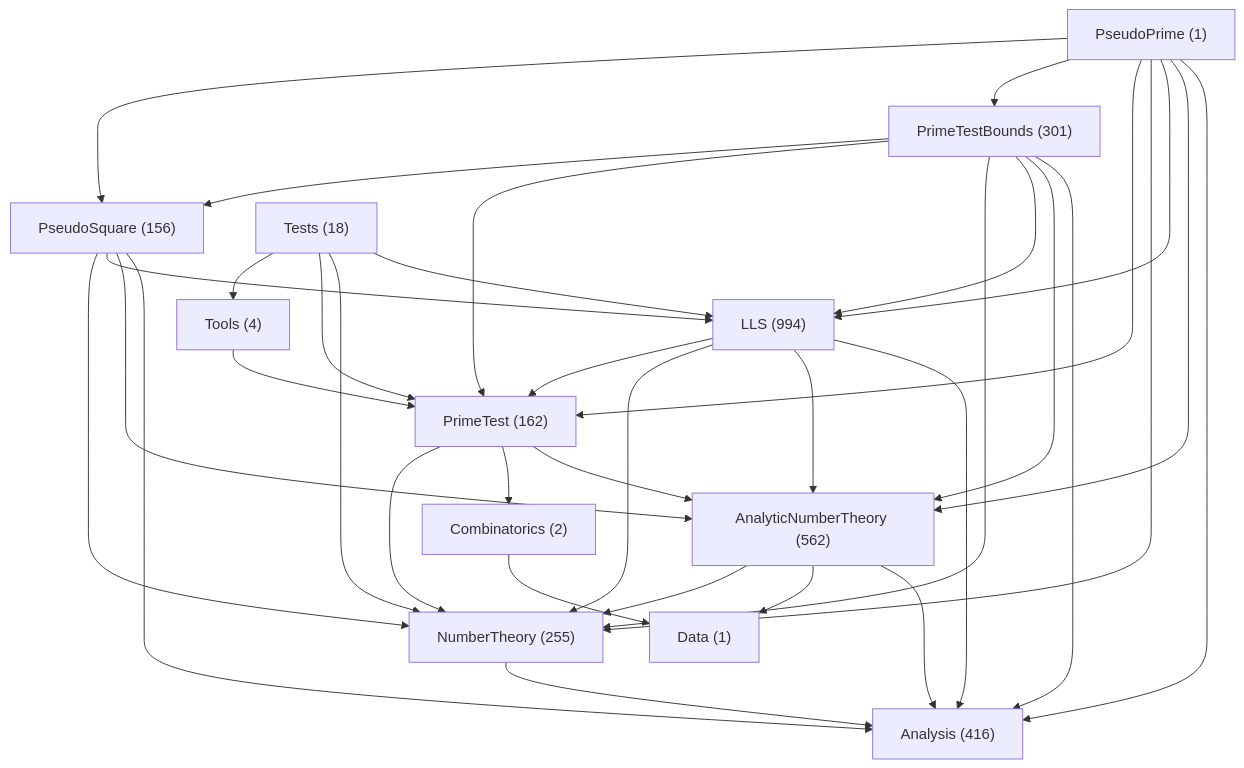
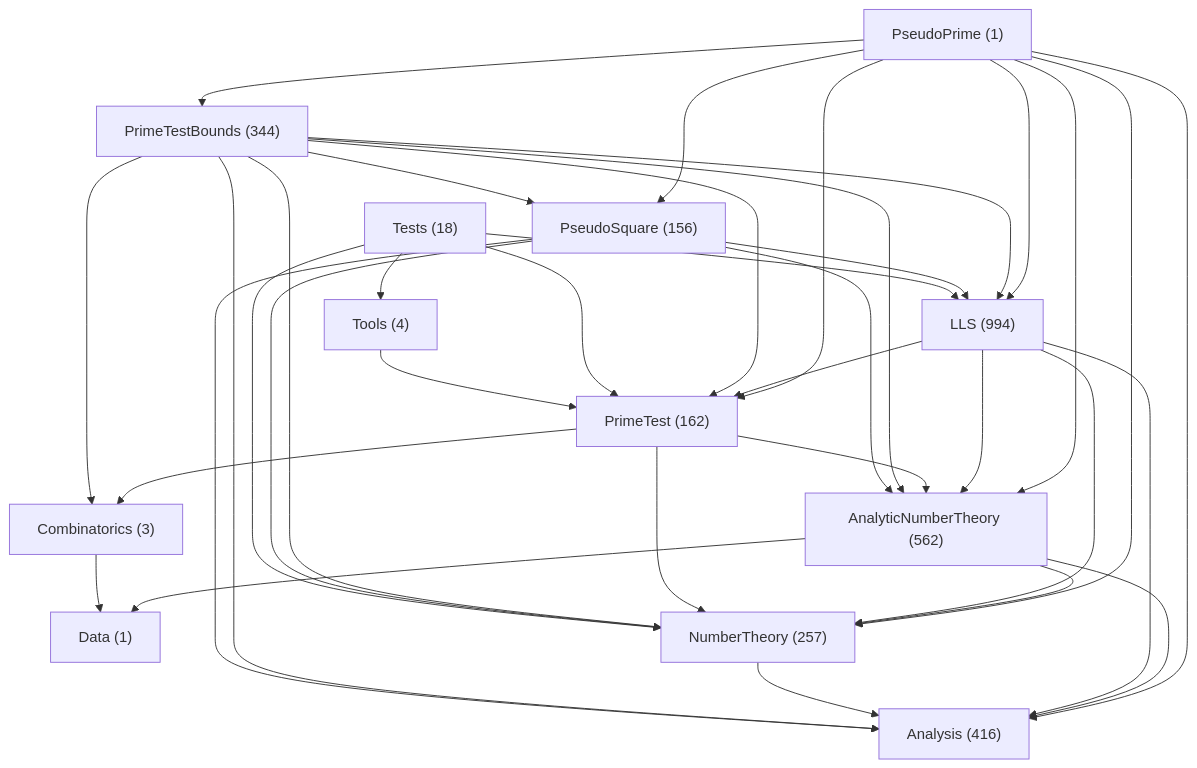
The diagram in doc/NamespaceLayout.md (mizar/PseudoPrimeLean), drawn with Mermaid before and after one commit. The commit also changed other lines of this file, not shown here.

Commit message:
docs: refresh namespace dependency counts

````diff
--- a/doc/NamespaceLayout.md
+++ b/doc/NamespaceLayout.md
@@ -133,49 +133,50 @@
 ```mermaid
 flowchart TD
     N0["PseudoPrime (1)"]
     N1["Analysis (416)"]
     N2["AnalyticNumberTheory (562)"]
-    N3["Combinatorics (2)"]
+    N3["Combinatorics (3)"]
     N4["Data (1)"]
     N5["LLS (994)"]
-    N6["NumberTheory (255)"]
+    N6["NumberTheory (257)"]
     N7["PrimeTest (162)"]
-    N8["PrimeTestBounds (301)"]
+    N8["PrimeTestBounds (344)"]
     N9["PseudoSquare (156)"]
     N10["Tests (18)"]
     N11["Tools (4)"]
     N0 --> N1
     N0 --> N2
     N0 --> N5
     N0 --> N6
     N0 --> N7
     N0 --> N8
     N0 --> N9
     N2 --> N1
     N2 --> N4
     N2 --> N6
     N3 --> N4
     N5 --> N1
     N5 --> N2
     N5 --> N6
     N5 --> N7
     N6 --> N1
     N7 --> N2
     N7 --> N3
     N7 --> N6
     N8 --> N1
     N8 --> N2
+    N8 --> N3
     N8 --> N5
     N8 --> N6
     N8 --> N7
     N8 --> N9
     N9 --> N1
     N9 --> N2
     N9 --> N5
     N9 --> N6
     N10 --> N5
     N10 --> N6
     N10 --> N7
     N10 --> N11
     N11 --> N7
 ```
````
